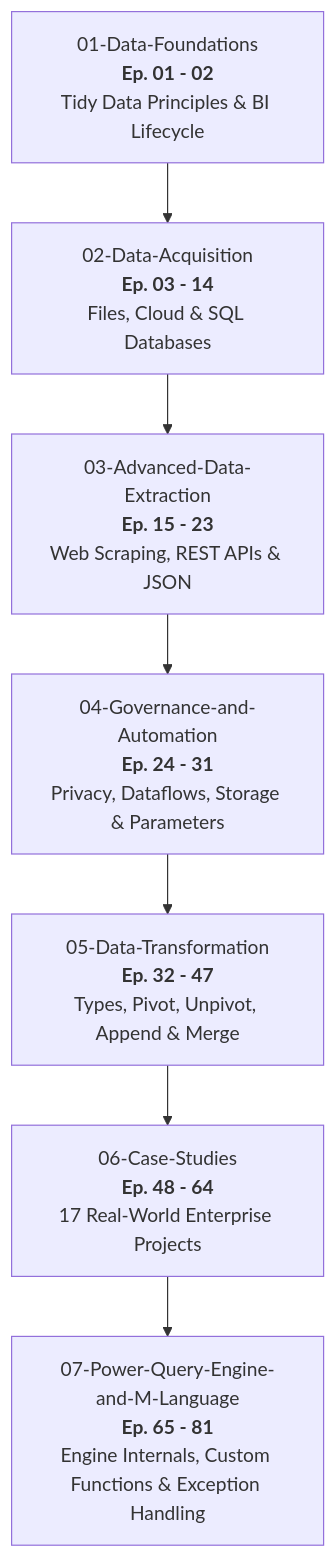
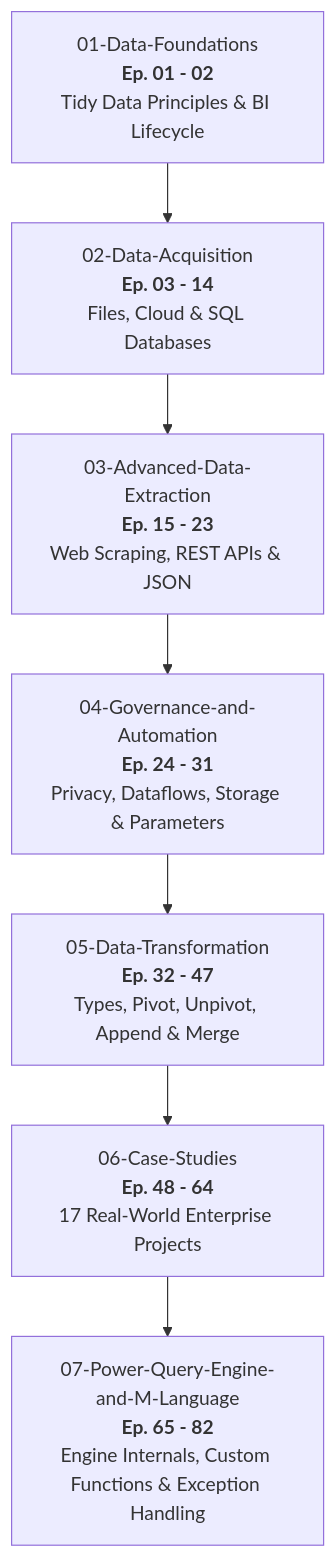
One commit to Sohila-Khaled-Abbas/powerbi-data-analysis-diploma changed the diagram in README.md. Above: the diagram before and after it, drawn with Mermaid. The commit also changed other lines of this file and 2 other files, not shown here.

````diff
--- a/README.md
+++ b/README.md
@@ -29,9 +29,9 @@
 ```mermaid
 graph TD
     M1["01-Data-Foundations<br><b>Ep. 01 - 02</b><br>Tidy Data Principles & BI Lifecycle"] --> M2["02-Data-Acquisition<br><b>Ep. 03 - 14</b><br>Files, Cloud & SQL Databases"]
     M2 --> M3["03-Advanced-Data-Extraction<br><b>Ep. 15 - 23</b><br>Web Scraping, REST APIs & JSON"]
     M3 --> M4["04-Governance-and-Automation<br><b>Ep. 24 - 31</b><br>Privacy, Dataflows, Storage & Parameters"]
     M4 --> M5["05-Data-Transformation<br><b>Ep. 32 - 47</b><br>Types, Pivot, Unpivot, Append & Merge"]
     M5 --> M6["06-Case-Studies<br><b>Ep. 48 - 64</b><br>17 Real-World Enterprise Projects"]
-    M6 --> M7["07-Power-Query-Engine-and-M-Language<br><b>Ep. 65 - 81</b><br>Engine Internals, Custom Functions & Exception Handling"]
+    M6 --> M7["07-Power-Query-Engine-and-M-Language<br><b>Ep. 65 - 82</b><br>Engine Internals, Custom Functions & Exception Handling"]
 ```
````
